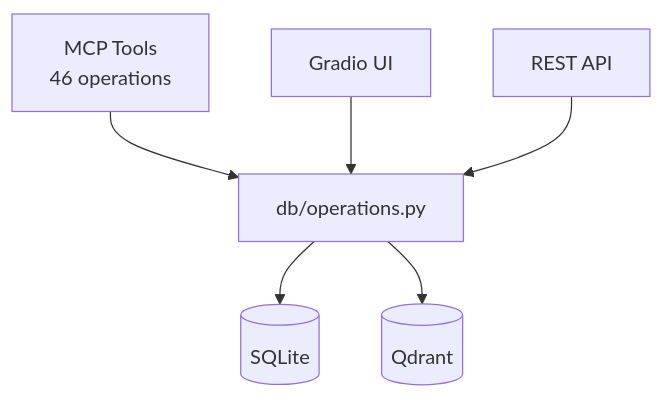
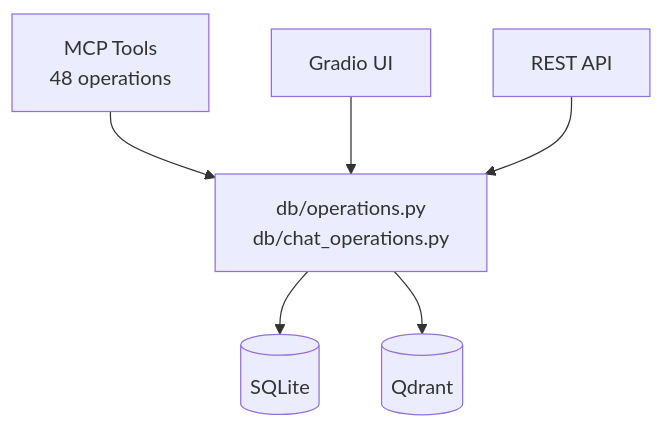
The second of 2 diagrams in README.md (janat-llc/janatpmp), drawn with Mermaid before and after one commit. The commit also changed other lines of this file, not shown here.

````diff
--- a/README.md
+++ b/README.md
@@ -40,8 +40,8 @@
 ```mermaid
 graph TB
-    MCP[MCP Tools<br/>46 operations] --> DB[db/operations.py]
+    MCP[MCP Tools<br/>48 operations] --> DB[db/operations.py<br/>db/chat_operations.py]
     UI[Gradio UI] --> DB
     API[REST API] --> DB
     DB --> SQLite[(SQLite)]
     DB --> Qdrant[(Qdrant)]
 ```
````
